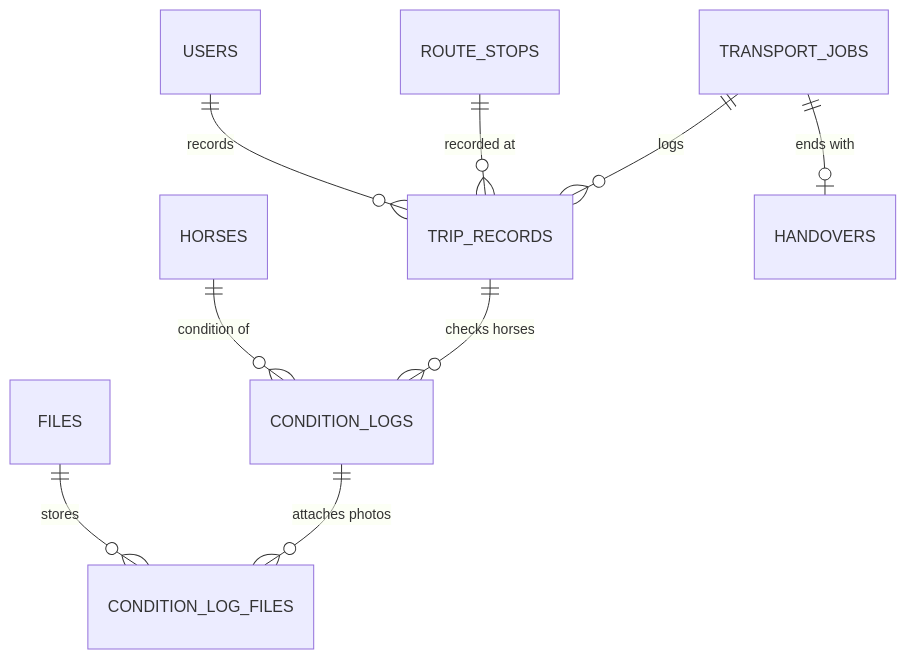
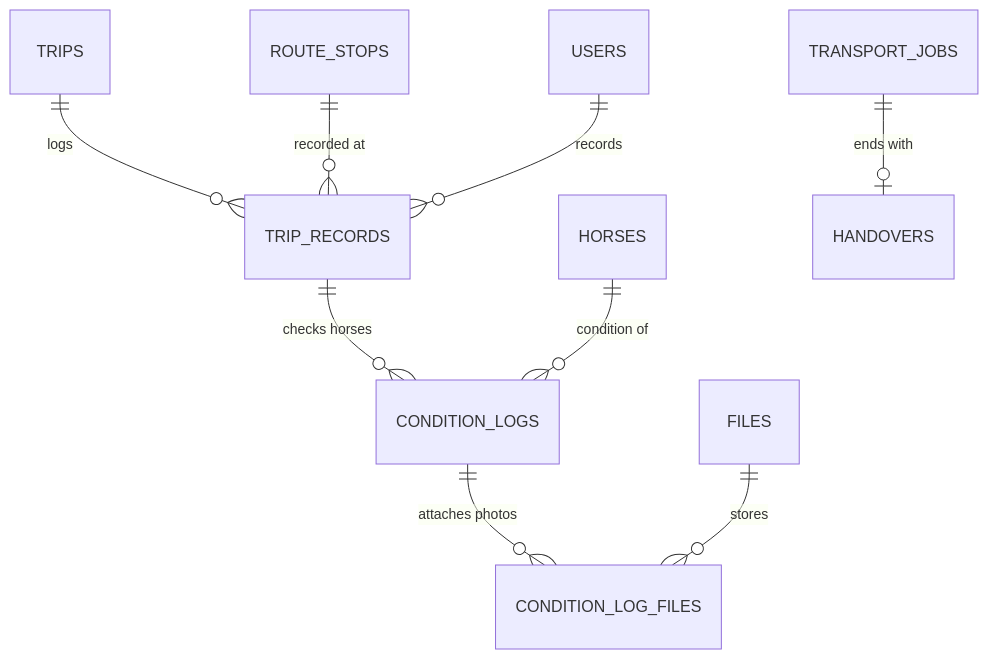
One commit to k-nero/cbrts changed the ninth of 11 diagrams in docs/database/database-design.md. Above: the diagram before and after it, drawn with Mermaid. The commit also changed other lines of this file and 1 other file, not shown here.

First line of the commit message:
docs: trips in the database design, and where the build differs from the shared-trips design (#168)

````diff
--- a/docs/database/database-design.md
+++ b/docs/database/database-design.md
@@ -505,11 +514,11 @@
 ```mermaid
 erDiagram
-  TRANSPORT_JOBS ||--o{ TRIP_RECORDS : logs
+  TRIPS ||--o{ TRIP_RECORDS : logs
   ROUTE_STOPS ||--o{ TRIP_RECORDS : "recorded at"
   USERS ||--o{ TRIP_RECORDS : records
   TRIP_RECORDS ||--o{ CONDITION_LOGS : "checks horses"
   HORSES ||--o{ CONDITION_LOGS : "condition of"
   CONDITION_LOGS ||--o{ CONDITION_LOG_FILES : "attaches photos"
   FILES ||--o{ CONDITION_LOG_FILES : stores
   TRANSPORT_JOBS ||--o| HANDOVERS : "ends with"
 ```
````
